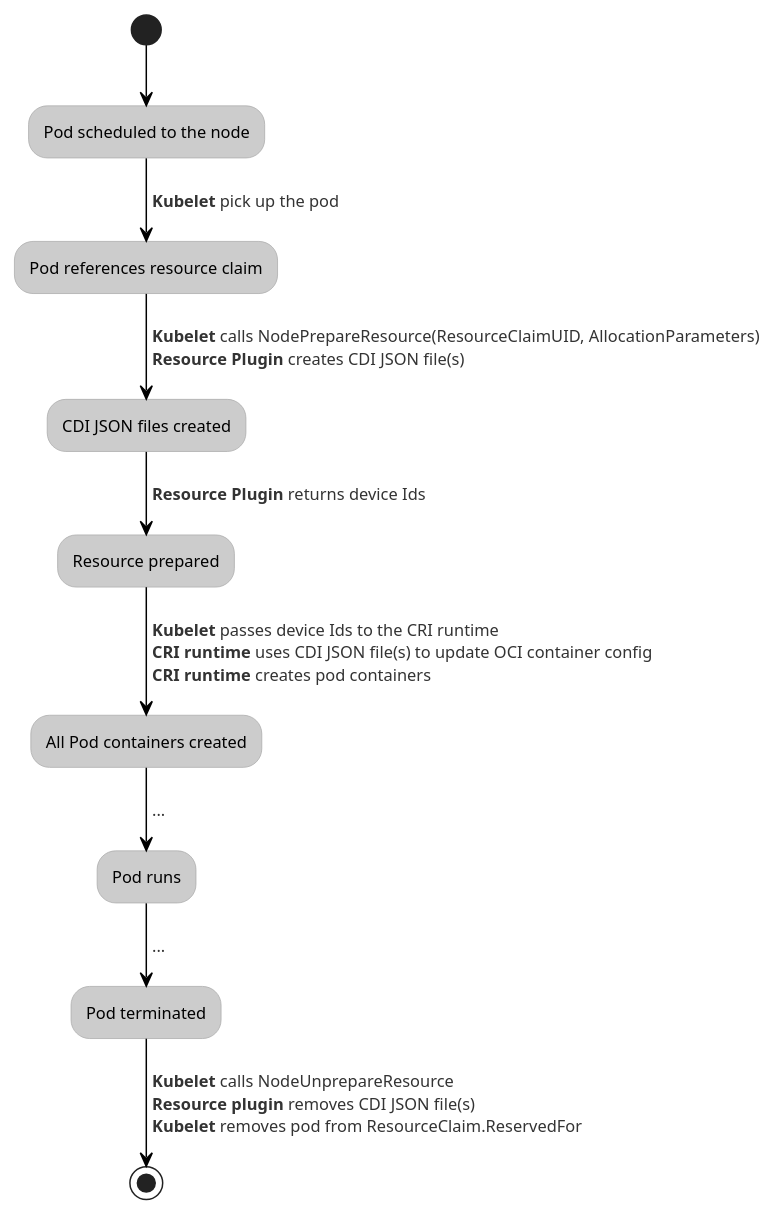
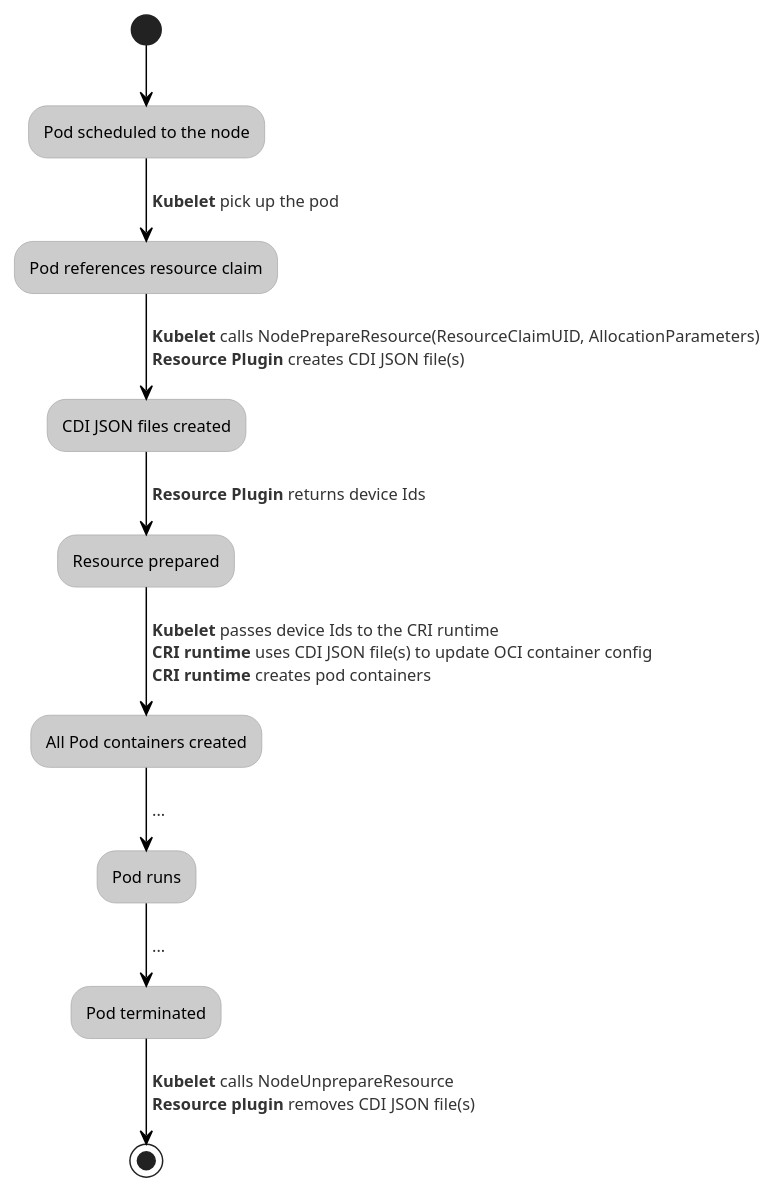
Before and after one commit to pohly/enhancements: the diagram in keps/sig-node/3063-dynamic-resource-allocation/kubelet.puml, drawn with PlantUML. The commit also changed 2 other files, not shown here.

Commit message:
dynamic resource allocation: limit kubelet to read access

```diff
--- a/keps/sig-node/3063-dynamic-resource-allocation/kubelet.puml
+++ b/keps/sig-node/3063-dynamic-resource-allocation/kubelet.puml
@@ -1,12 +1,12 @@
 @startuml
 !theme reddress-lightblue
 
 (*) --> "Pod scheduled to the node"
 -->[ **Kubelet** pick up the pod ] "Pod references resource claim"
 -->[ **Kubelet** calls NodePrepareResource(ResourceClaimUID, AllocationParameters)\l **Resource Plugin** creates CDI JSON file(s) ] "CDI JSON files created"
 -->[ **Resource Plugin** returns device Ids ] "Resource prepared"
 -->[ **Kubelet** passes device Ids to the CRI runtime\l **CRI runtime** uses CDI JSON file(s) to update OCI container config\l **CRI runtime** creates pod containers ] "All Pod containers created"
 -->[ ... ] "Pod runs"
 -->[ ... ] "Pod terminated"
--->[ **Kubelet** calls NodeUnprepareResource\l **Resource plugin** removes CDI JSON file(s)\l **Kubelet** removes pod from ResourceClaim.ReservedFor ] (*)
+-->[ **Kubelet** calls NodeUnprepareResource\l **Resource plugin** removes CDI JSON file(s) ] (*)
 @enduml
```
